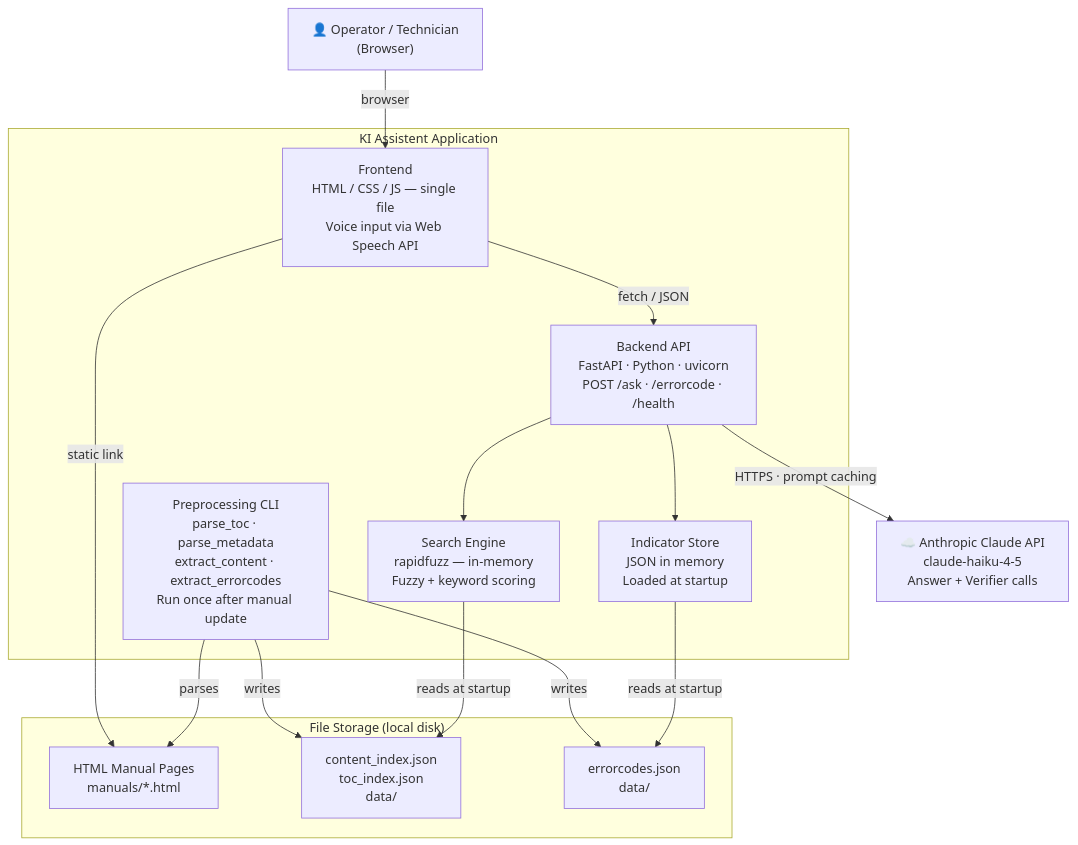
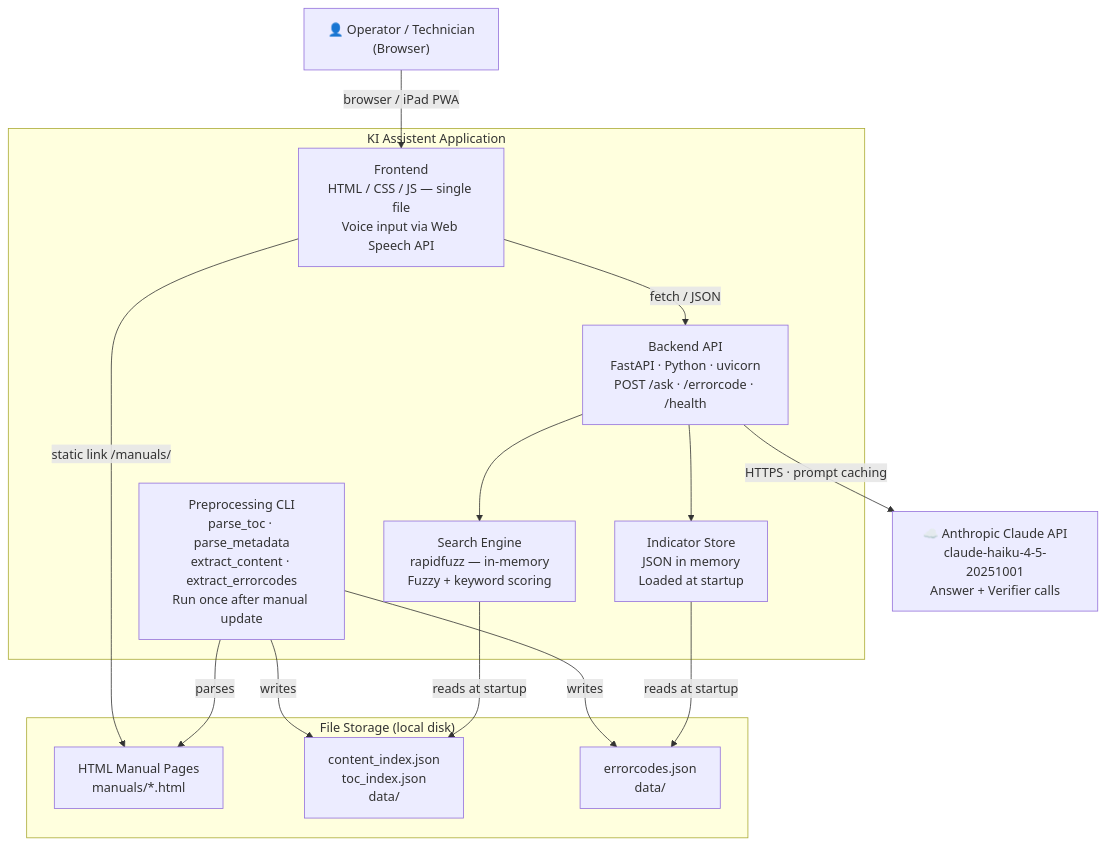
The second of 2 diagrams in ARCHITECTURE.md (Trubar4/AI_Assistant), drawn with Mermaid before and after one commit. The commit also changed other lines of this file, not shown here.

First line of the commit message:
docs: ARCHITECTURE.md aktualisiert nach MTP-Demo Session

````diff
--- a/ARCHITECTURE.md
+++ b/ARCHITECTURE.md
@@ -51,32 +51,32 @@
 ```mermaid
 flowchart TD
     USER["👤 Operator / Technician\n(Browser)"]
 
     subgraph APP["KI Assistent Application"]
         FE["Frontend\nHTML / CSS / JS — single file\nVoice input via Web Speech API"]
         BE["Backend API\nFastAPI · Python · uvicorn\nPOST /ask · /errorcode · /health"]
         SE["Search Engine\nrapidfuzz — in-memory\nFuzzy + keyword scoring"]
         EC["Indicator Store\nJSON in memory\nLoaded at startup"]
         PRE["Preprocessing CLI\nparse_toc · parse_metadata\nextract_content · extract_errorcodes\nRun once after manual update"]
     end
 
     subgraph STORE["File Storage (local disk)"]
         HTML["HTML Manual Pages\nmanuals/*.html"]
         IDX["content_index.json\ntoc_index.json\ndata/"]
         EDB["errorcodes.json\ndata/"]
     end
 
-    CLAUDE["☁️ Anthropic Claude API\nclaude-haiku-4-5\nAnswer + Verifier calls"]
+    CLAUDE["☁️ Anthropic Claude API\nclaude-haiku-4-5-20251001\nAnswer + Verifier calls"]
 
-    USER -- "browser" --> FE
+    USER -- "browser / iPad PWA" --> FE
     FE -- "fetch / JSON" --> BE
     BE --> SE
     BE --> EC
     BE -- "HTTPS · prompt caching" --> CLAUDE
     SE -- "reads at startup" --> IDX
     EC -- "reads at startup" --> EDB
     PRE -- "parses" --> HTML
     PRE -- "writes" --> IDX
     PRE -- "writes" --> EDB
-    FE -- "static link" --> HTML
+    FE -- "static link /manuals/" --> HTML
 ```
````
